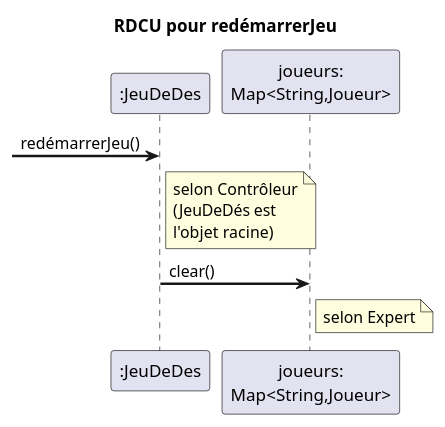
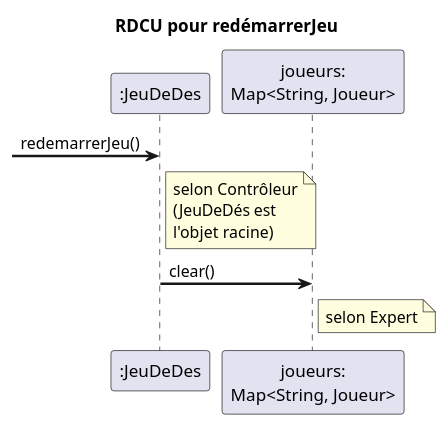
The diagram in docs/modeles/rdcu-redemarrerJeu.puml (cc-probitaille/laboratoire-0-Alycia51), drawn with PlantUML before and after one commit. The commit also changed 11 other files, not shown here.

```diff
--- a/docs/modeles/rdcu-redemarrerJeu.puml
+++ b/docs/modeles/rdcu-redemarrerJeu.puml
@@ -1,22 +1,17 @@
 @startuml
 skinparam backgroundColor white
 skinparam sequenceArrowThickness 2
 skinparam sequenceLifeLineBorderColor black
 skinparam sequenceParticipantBorderColor black
 skinparam noteBackgroundColor lightyellow
 skinparam noteBorderColor black
-
 title RDCU pour redémarrerJeu
 
 participant ":JeuDeDes" as jeu
-participant "joueurs:\nMap<String,Joueur>" as joueurs
+participant "joueurs:\nMap<String, Joueur>" as joueurs
 
--> jeu : redémarrerJeu()
-
+-> jeu : redemarrerJeu()
 note right of jeu : selon Contrôleur\n(JeuDeDés est\nl'objet racine)
-
 jeu -> joueurs : clear()
-
 note right of joueurs : selon Expert
-
 @enduml
```
